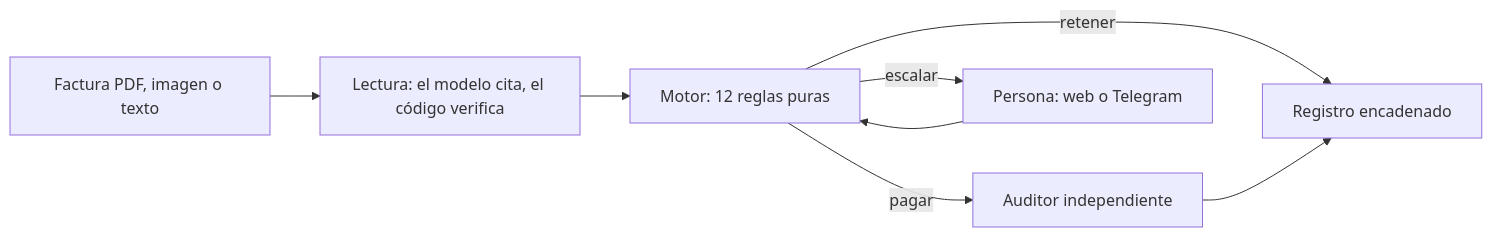
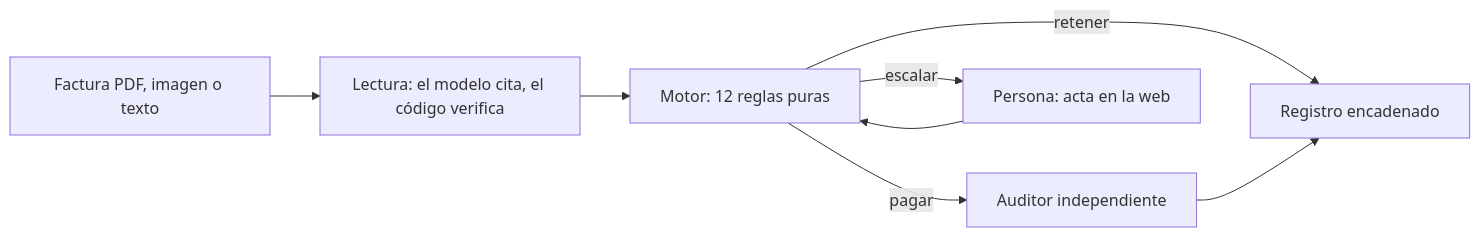
Before and after one commit to davidleonb27/blinka-keeper: the diagram in README.md, drawn with Mermaid. The commit also changed other lines of this file and 5 other files, not shown here.

````diff
--- a/README.md
+++ b/README.md
@@ -76,10 +76,10 @@
 ```mermaid
 flowchart LR
     F[Factura PDF, imagen o texto] --> L[Lectura: el modelo cita, el código verifica]
     L --> M[Motor: 12 reglas puras]
     M -->|pagar| A[Auditor independiente]
     M -->|retener| R[Registro encadenado]
-    M -->|escalar| P[Persona: web o Telegram]
+    M -->|escalar| P[Persona: acta en la web]
     A --> R
     P --> M
 ```
````
